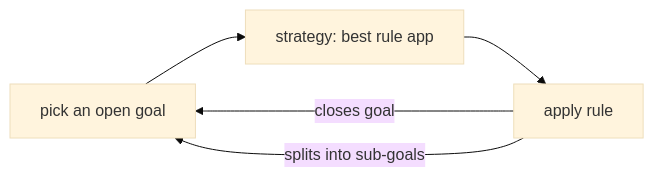
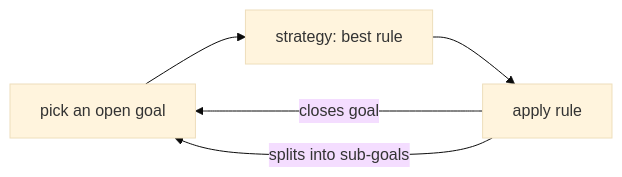
One commit to KeYProject/key-docs changed the first of 2 diagrams in docs/devel/Multithreading.md. Above: the diagram before and after it, drawn with Mermaid (base theme). The commit also changed other lines of this file and 2 other files, not shown here.

````diff
--- a/docs/devel/Multithreading.md
+++ b/docs/devel/Multithreading.md
@@ -30,7 +37,7 @@
 ```mermaid
 graph LR
-    P["pick an open goal"] --> S["strategy: best rule app"]
+    P["pick an open goal"] --> S["strategy: best rule"]
     S --> A["apply rule"]
     A -->|closes goal| P
     A -->|splits into sub-goals| P
 ```
````
